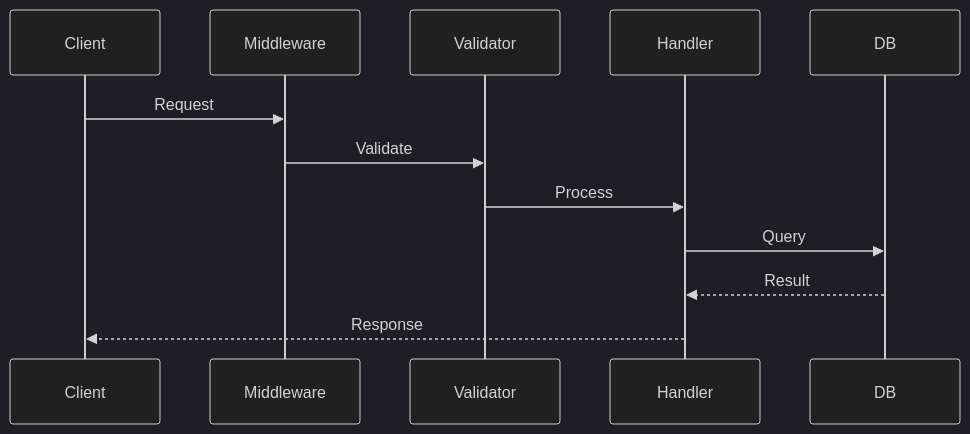
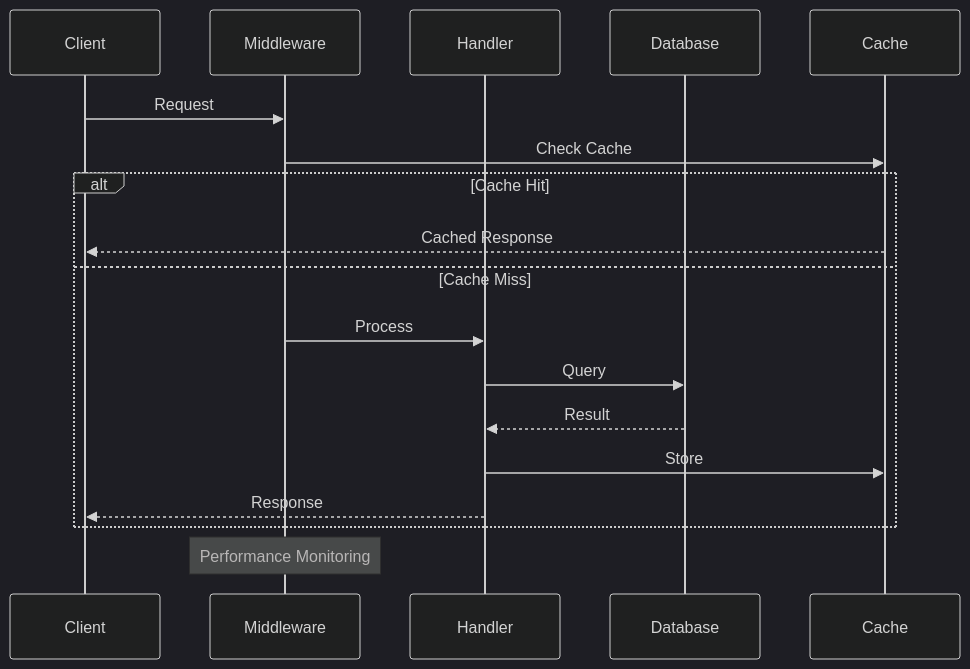
The second of 4 diagrams in docs/api-reference.md (nessaee/chess-database), drawn with Mermaid (dark theme) before and after one commit. The commit also changed other lines of this file and 1 other file, not shown here.

```diff
--- a/docs/api-reference.md
+++ b/docs/api-reference.md
@@ -87,15 +47,23 @@
 <pre class="mermaid">
 sequenceDiagram
     participant C as Client
     participant M as Middleware
-    participant V as Validator
     participant H as Handler
-    participant D as DB
+    participant D as Database
+    participant Cache as Cache
     
     C->>M: Request
-    M->>V: Validate
-    V->>H: Process
-    H->>D: Query
-    D-->>H: Result
-    H-->>C: Response
+    M->>Cache: Check Cache
+    
+    alt Cache Hit
+        Cache-->>C: Cached Response
+    else Cache Miss
+        M->>H: Process
+        H->>D: Query
+        D-->>H: Result
+        H->>Cache: Store
+        H-->>C: Response
+    end
+    
+    Note over M: Performance Monitoring
 </pre>
```
